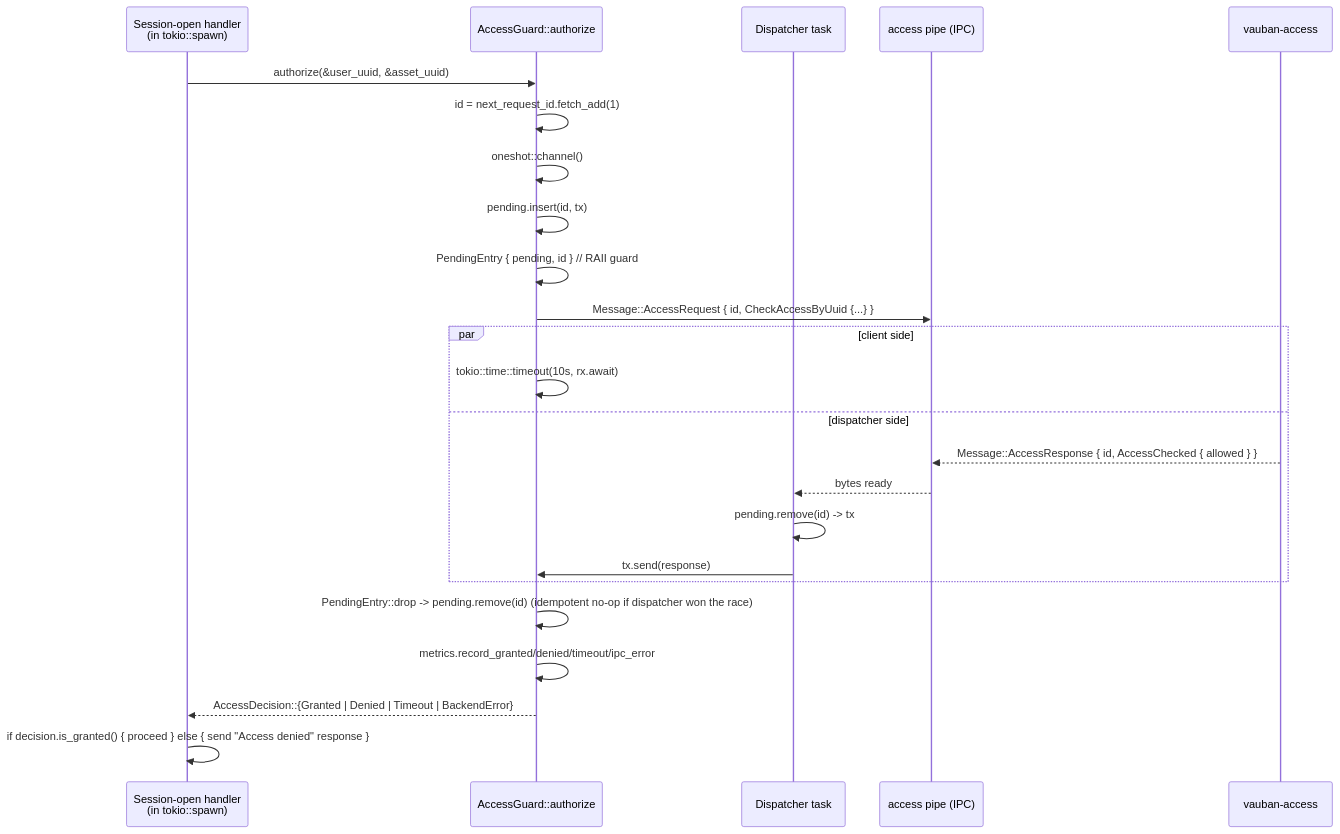
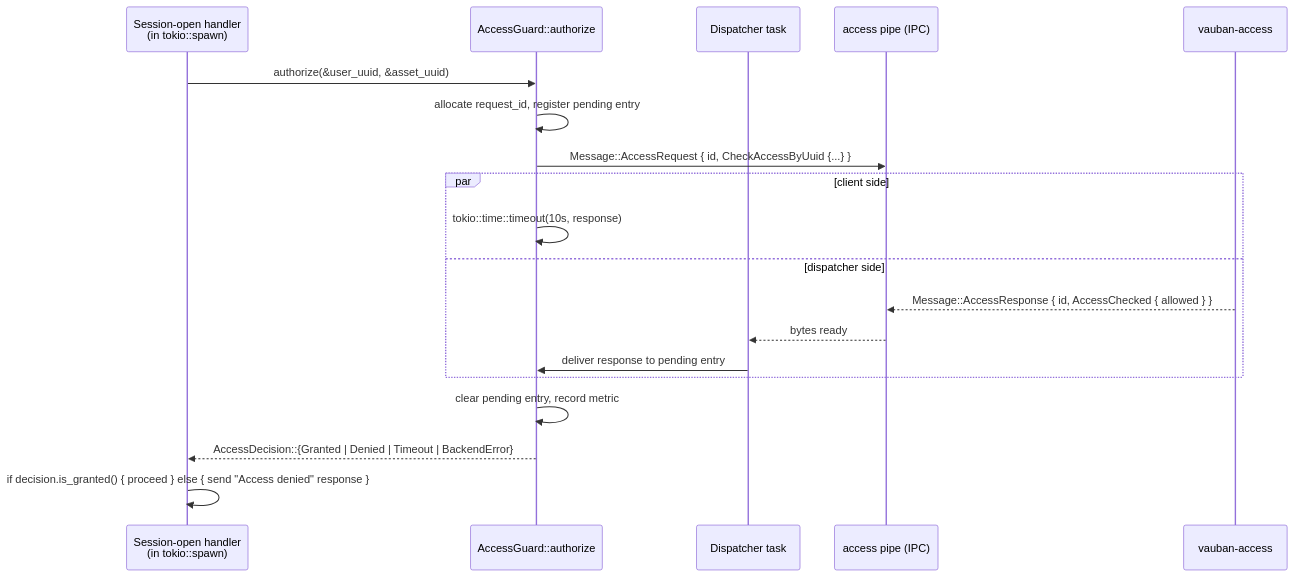
One commit to rbenaley/Vauban changed the fifth of 5 diagrams in docs/technical/Vauban_AccessGuard_Architecture_EN(1.0).md. Above: the diagram before and after it, drawn with Mermaid. The commit also changed other lines of this file, not shown here.

````diff
--- a/docs/technical/Vauban_AccessGuard_Architecture_EN(1.0).md
+++ b/docs/technical/Vauban_AccessGuard_Architecture_EN(1.0).md
@@ -515,30 +368,25 @@
 ```mermaid
 sequenceDiagram
     participant H as Session-open handler<br/>(in tokio::spawn)
     participant AG as AccessGuard::authorize
     participant Disp as Dispatcher task
     participant Pipe as access pipe (IPC)
     participant AC as vauban-access
 
     H->>AG: authorize(&user_uuid, &asset_uuid)
-    AG->>AG: id = next_request_id.fetch_add(1)
-    AG->>AG: oneshot::channel()
-    AG->>AG: pending.insert(id, tx)
-    AG->>AG: PendingEntry { pending, id }   // RAII guard
+    AG->>AG: allocate request_id, register pending entry
     AG->>Pipe: Message::AccessRequest { id, CheckAccessByUuid {...} }
 
     par client side
-        AG->>AG: tokio::time::timeout(10s, rx.await)
+        AG->>AG: tokio::time::timeout(10s, response)
     and dispatcher side
         AC-->>Pipe: Message::AccessResponse { id, AccessChecked { allowed } }
         Pipe-->>Disp: bytes ready
-        Disp->>Disp: pending.remove(id) -> tx
-        Disp->>AG: tx.send(response)
+        Disp->>AG: deliver response to pending entry
     end
 
-    AG->>AG: PendingEntry::drop -> pending.remove(id) (idempotent no-op if dispatcher won the race)
-    AG->>AG: metrics.record_granted/denied/timeout/ipc_error
+    AG->>AG: clear pending entry, record metric
     AG-->>H: AccessDecision::{Granted | Denied | Timeout | BackendError}
 
     H->>H: if decision.is_granted() { proceed } else { send "Access denied" response }
 ```
````
